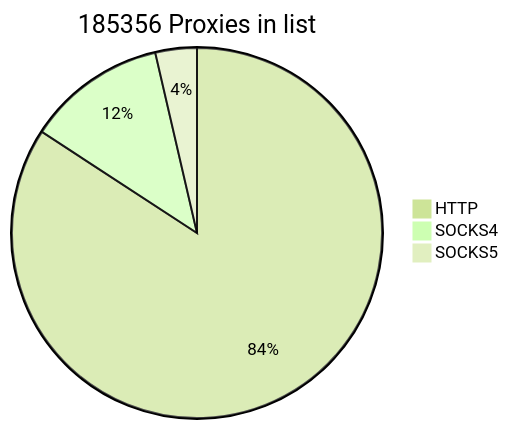
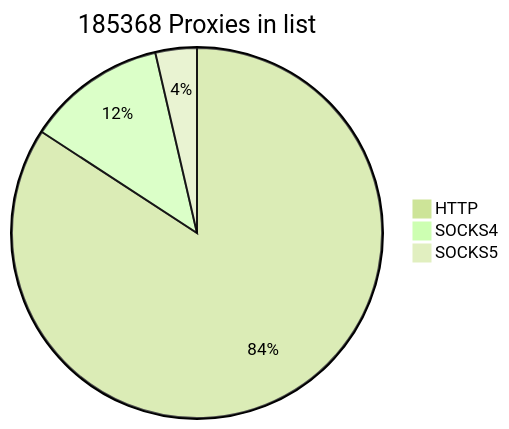
Before and after one commit to cutipu/proxylist: the first of 2 diagrams in README.md, drawn with Mermaid (forest theme). The commit also changed other lines of this file, not shown here.

````diff
--- a/README.md
+++ b/README.md
@@ -2,7 +2,7 @@
 ```mermaid
-pie title 185356 Proxies in list
-    "HTTP" : 156064
-    "SOCKS4" : 22577
-    "SOCKS5" : 6715
+pie title 185368 Proxies in list
+    "HTTP" : 156062
+    "SOCKS4" : 22600
+    "SOCKS5" : 6706
             
 ```
````
